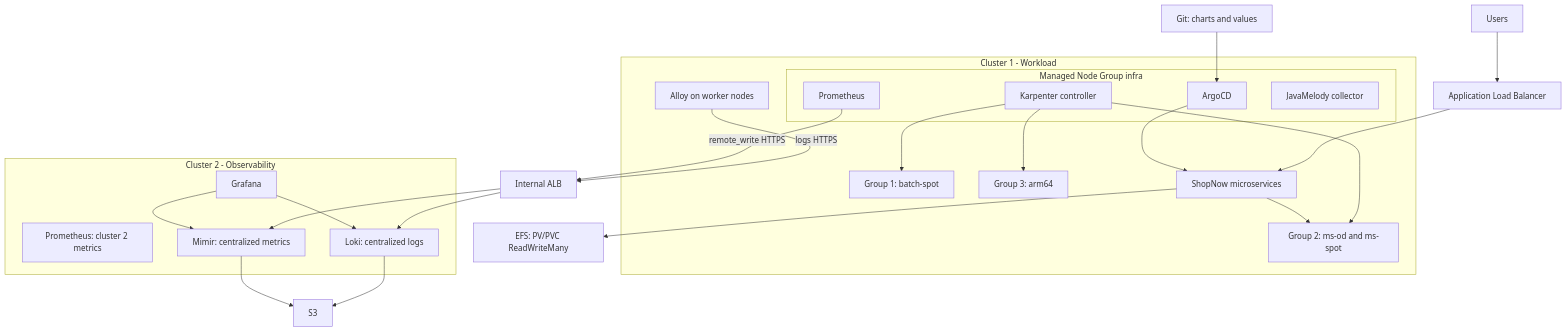
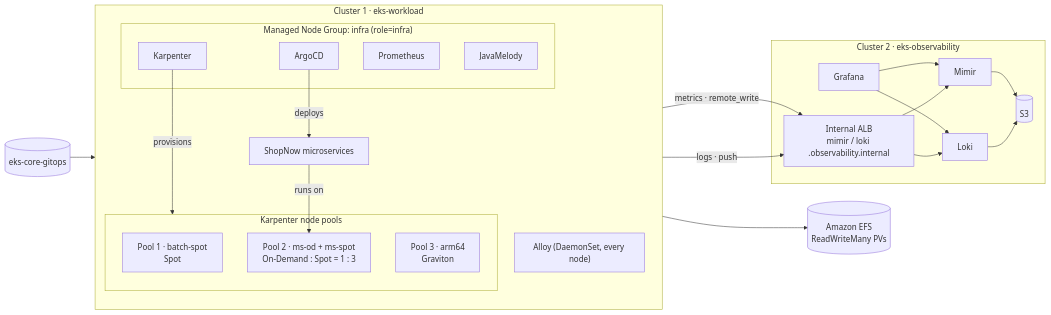
The diagram in docs/00-architecture/01-architecture-overview.md (tranvix0910/eks-core-docs), drawn with Mermaid before and after one commit. The commit also changed other lines of this file and 32 other files, not shown here.

````diff
--- a/docs/00-architecture/01-architecture-overview.md
+++ b/docs/00-architecture/01-architecture-overview.md
@@ -9,38 +15,35 @@
 ```mermaid
-flowchart TB
-  Git[Git: charts and values] --> Argo
-  User[Users] --> ALB[Application Load Balancer]
-  subgraph C1[Cluster 1 - Workload]
-    subgraph Infra[Managed Node Group infra]
+flowchart LR
+  Git[(eks-core-gitops)] --> Argo
+  subgraph C1["Cluster 1 · eks-workload"]
+    direction TB
+    subgraph MNG["Managed Node Group: infra (role=infra)"]
       Argo[ArgoCD]
-      K[Karpenter controller]
+      K[Karpenter]
       P[Prometheus]
-      J[JavaMelody collector]
+      J[JavaMelody]
     end
-    B[Group 1: batch-spot]
-    M[Group 2: ms-od and ms-spot]
-    A[Group 3: arm64]
-    App[ShopNow microservices] --> M
-    Argo --> App
-    K --> B
-    K --> M
-    K --> A
-    Alloy[Alloy on worker nodes]
+    subgraph Pools["Karpenter node pools"]
+      B["Pool 1 · batch-spot<br/>Spot"]
+      M["Pool 2 · ms-od + ms-spot<br/>On-Demand : Spot = 1 : 3"]
+      A["Pool 3 · arm64<br/>Graviton"]
+    end
+    App["ShopNow microservices"]
+    Alloy["Alloy (DaemonSet, every node)"]
+    Argo -- deploys --> App
+    App -- runs on --> M
+    K -- provisions --> Pools
   end
-  ALB --> App
-  App --> EFS[EFS: PV/PVC ReadWriteMany]
-  P -->|remote_write HTTPS| ILB[Internal ALB]
-  Alloy -->|logs HTTPS| ILB
-  subgraph C2[Cluster 2 - Observability]
-    R[Prometheus: cluster 2 metrics]
-    MM[Mimir: centralized metrics]
-    LL[Loki: centralized logs]
-    G[Grafana]
-    G --> MM
-    G --> LL
+  App --> EFS[("Amazon EFS<br/>ReadWriteMany PVs")]
+  P -- "metrics · remote_write" --> ALB
+  Alloy -- "logs · push" --> ALB
+  subgraph C2["Cluster 2 · eks-observability"]
+    ALB["Internal ALB<br/>mimir / loki .observability.internal"]
+    Mimir --> S3[(S3)]
+    Loki --> S3
+    G[Grafana] --> Mimir
+    G --> Loki
   end
-  ILB --> MM
-  ILB --> LL
-  MM --> S3[S3]
-  LL --> S3
+  ALB --> Mimir
+  ALB --> Loki
 ```
````
